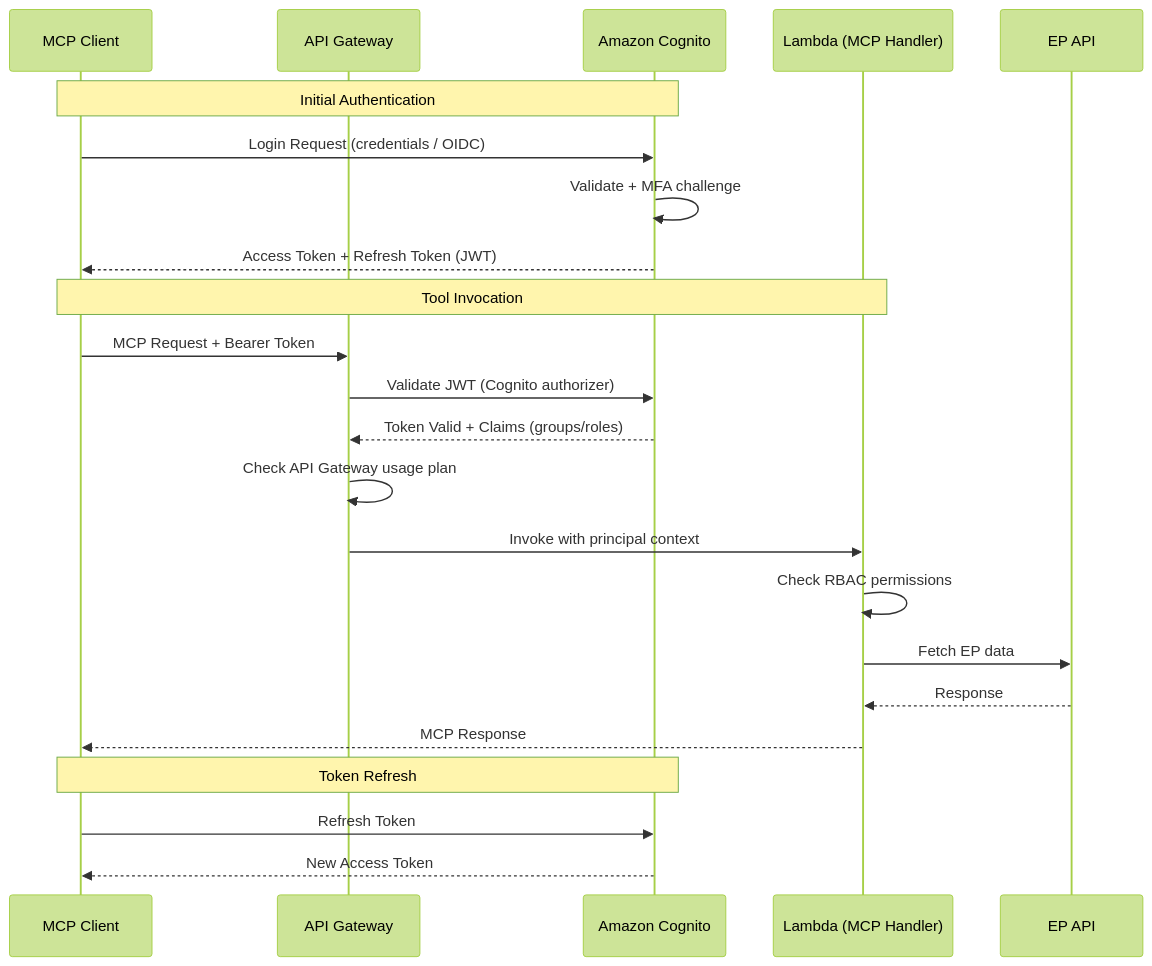
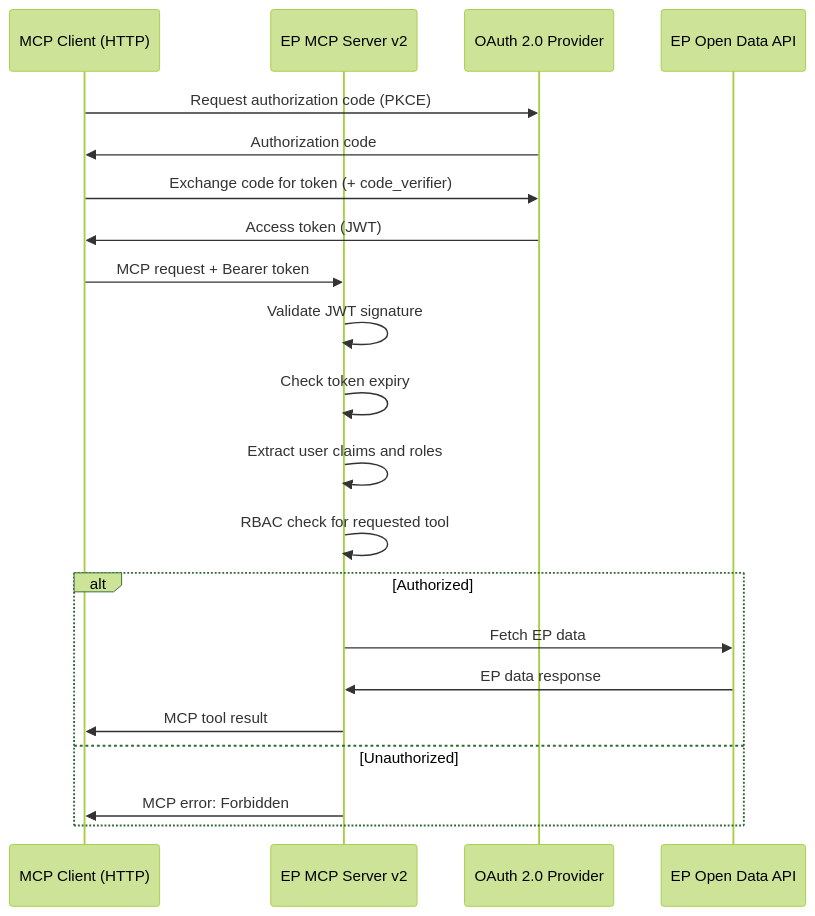
Before and after one commit to Hack23/European-Parliament-MCP-Server: the second of 6 diagrams in FUTURE_SECURITY_ARCHITECTURE.md, drawn with Mermaid (forest theme). The commit also changed other lines of this file and 13 other files, not shown here.

````diff
--- a/FUTURE_SECURITY_ARCHITECTURE.md
+++ b/FUTURE_SECURITY_ARCHITECTURE.md
@@ -288,28 +98,24 @@
 ```mermaid
 sequenceDiagram
-    participant Client as MCP Client
-    participant APIGW as API Gateway
-    participant Cognito as Amazon Cognito
-    participant Lambda as Lambda (MCP Handler)
-    participant EP as EP API
+    participant Client as MCP Client (HTTP)
+    participant Server as EP MCP Server v2
+    participant AuthServer as OAuth 2.0 Provider
+    participant EPAPI as EP Open Data API
 
-    Note over Client,Cognito: Initial Authentication
-    Client->>Cognito: Login Request (credentials / OIDC)
-    Cognito->>Cognito: Validate + MFA challenge
-    Cognito-->>Client: Access Token + Refresh Token (JWT)
-
-    Note over Client,Lambda: Tool Invocation
-    Client->>APIGW: MCP Request + Bearer Token
-    APIGW->>Cognito: Validate JWT (Cognito authorizer)
-    Cognito-->>APIGW: Token Valid + Claims (groups/roles)
-    APIGW->>APIGW: Check API Gateway usage plan
-    APIGW->>Lambda: Invoke with principal context
-    Lambda->>Lambda: Check RBAC permissions
-    Lambda->>EP: Fetch EP data
-    EP-->>Lambda: Response
-    Lambda-->>Client: MCP Response
-
-    Note over Client,Cognito: Token Refresh
-    Client->>Cognito: Refresh Token
-    Cognito-->>Client: New Access Token
+    Client->>AuthServer: Request authorization code (PKCE)
+    AuthServer->>Client: Authorization code
+    Client->>AuthServer: Exchange code for token (+ code_verifier)
+    AuthServer->>Client: Access token (JWT)
+    Client->>Server: MCP request + Bearer token
+    Server->>Server: Validate JWT signature
+    Server->>Server: Check token expiry
+    Server->>Server: Extract user claims and roles
+    Server->>Server: RBAC check for requested tool
+    alt Authorized
+        Server->>EPAPI: Fetch EP data
+        EPAPI->>Server: EP data response
+        Server->>Client: MCP tool result
+    else Unauthorized
+        Server->>Client: MCP error: Forbidden
+    end
 ```
````
